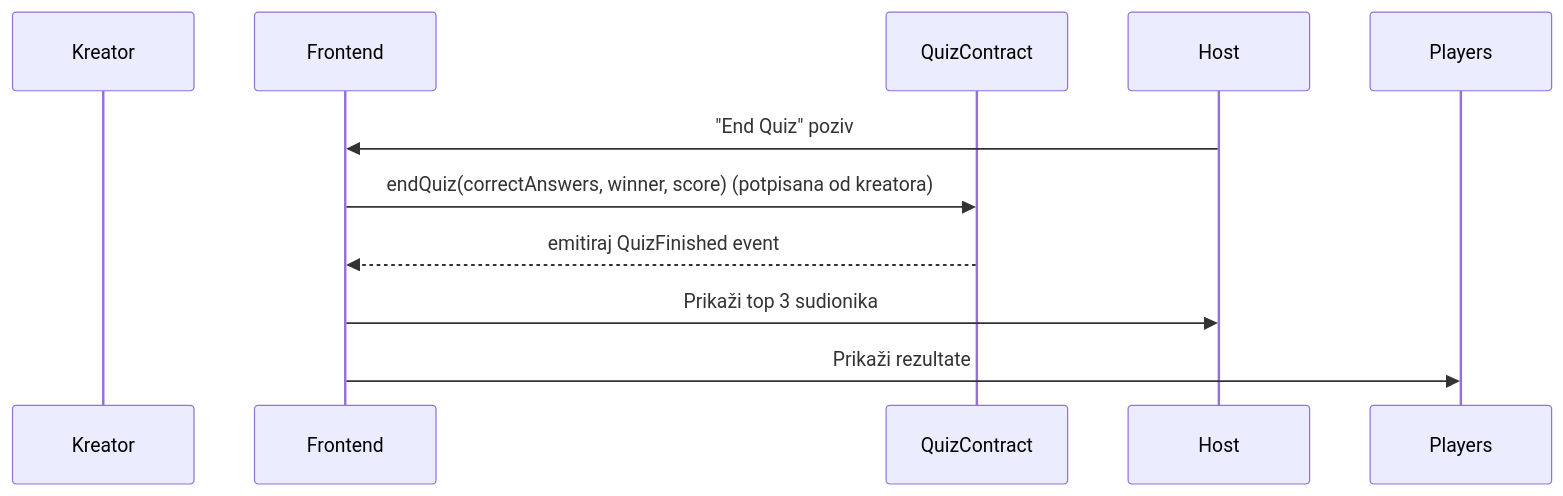
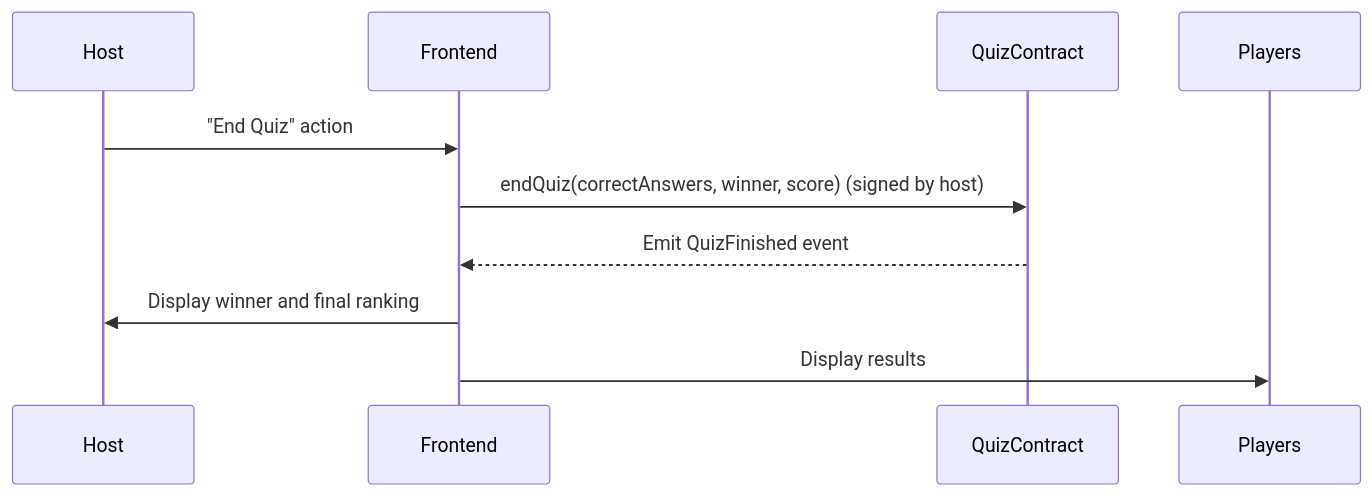
Before and after one commit to ian12-21/QuizApp-Frontend: the sixth of 6 diagrams in README_Version3.md, drawn with Mermaid. The commit also changed other lines of this file, not shown here.

````diff
--- a/README_Version3.md
+++ b/README_Version3.md
@@ -102,12 +102,12 @@
 ```mermaid
 sequenceDiagram
-    participant Kreator
+    participant Host
     participant Frontend
     participant QuizSC as QuizContract
 
-    Host->>Frontend: "End Quiz" poziv
-    Frontend->>QuizSC: endQuiz(correctAnswers, winner, score) (potpisana od kreatora)
-    QuizSC-->>Frontend: emitiraj QuizFinished event
-    Frontend->>Host: Prikaži top 3 sudionika 
-    Frontend->>Players: Prikaži rezultate
+    Host->>Frontend: "End Quiz" action
+    Frontend->>QuizSC: endQuiz(correctAnswers, winner, score) (signed by host)
+    QuizSC-->>Frontend: Emit QuizFinished event
+    Frontend->>Host: Display winner and final ranking
+    Frontend->>Players: Display results
 ```
````
